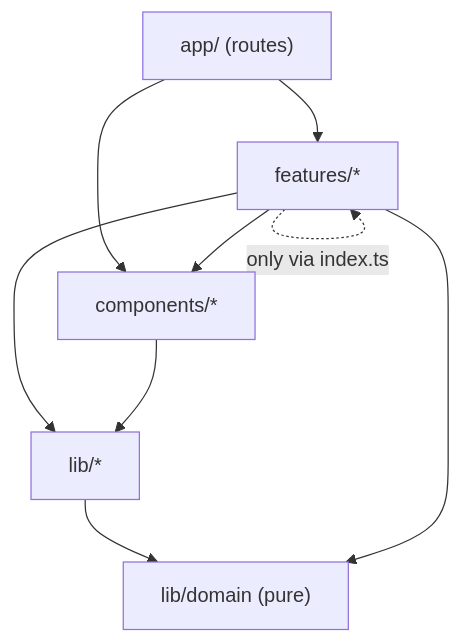
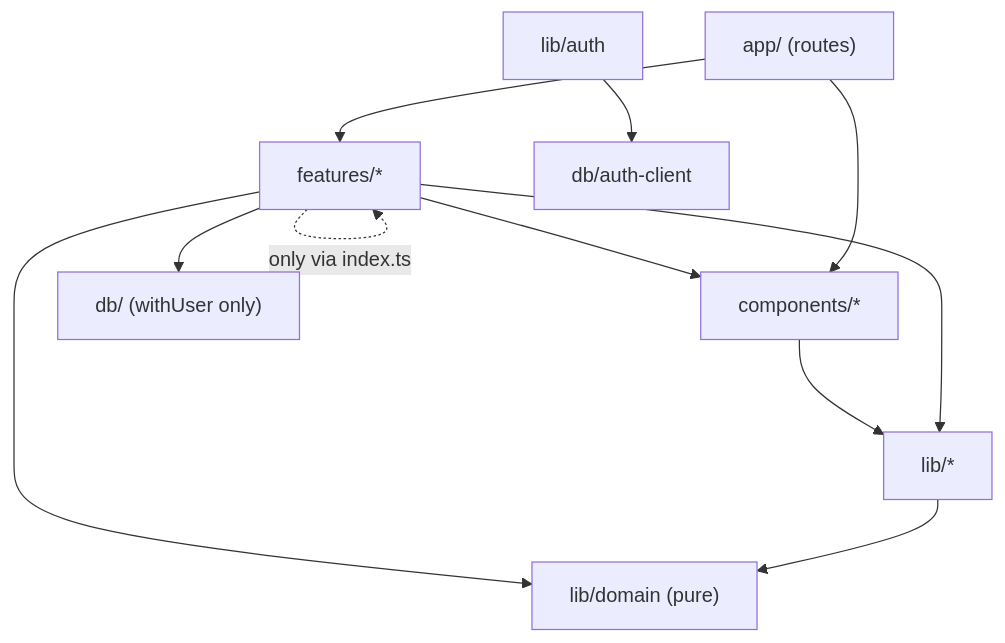
Before and after one commit to farhancc/tracking: the fourth of 4 diagrams in docs/05-component-architecture.md, drawn with Mermaid. The commit also changed other lines of this file and 9 other files, not shown here.

First line of the commit message:
Switch architecture to Neon Postgres and self-issued JWT auth

````diff
--- a/docs/05-component-architecture.md
+++ b/docs/05-component-architecture.md
@@ -158,11 +209,13 @@
 ```mermaid
 flowchart TD
   APP["app/ (routes)"] --> FEAT["features/*"]
   APP --> COMP["components/*"]
   FEAT --> COMP
   FEAT --> LIB["lib/*"]
   COMP --> LIB
   FEAT -. "only via index.ts" .-> FEAT
   LIB --> DOMAIN["lib/domain (pure)"]
   FEAT --> DOMAIN
+  FEAT --> DB["db/ (withUser only)"]
+  AUTH["lib/auth"] --> AUTHDB["db/auth-client"]
 ```
````
